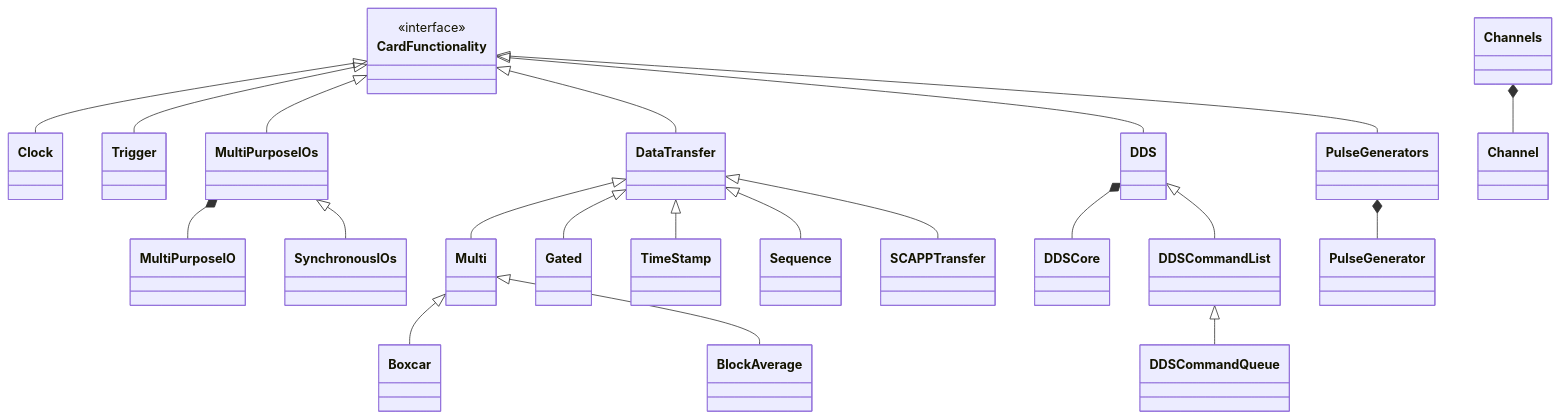
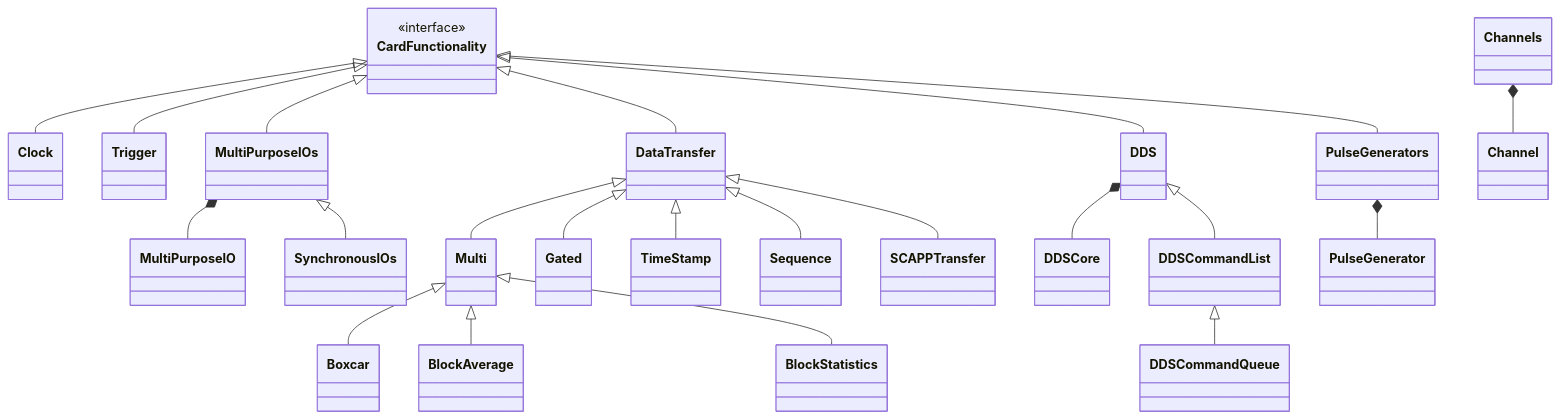
The second of 4 diagrams in src/spcm/README.md (SpectrumInstrumentation/spcm), drawn with Mermaid before and after one commit. The commit also changed other lines of this file and 3 other files, not shown here.

Commit message:
Added support for Block Statistics as well as an example

````diff
--- a/src/spcm/README.md
+++ b/src/spcm/README.md
@@ -69,44 +70,46 @@
 ```mermaid
 
 classDiagram
   class CardFunctionality
   <<interface>> CardFunctionality
   class Channels
   class Clock
   class Trigger
   class MultiPurposeIOs
   class SynchronousIOs
   class DataTransfer
   class DDS
   class DDSCore
   class DDSCommandList
   class DDSCommandQueue
   class PulseGenerators
   class Multi
   class Gated
   class TimeStamp
   class Sequence
   class SCAPPTransfer
   class Boxcar
   class BlockAverage
+  class BlockStatistics
   CardFunctionality <|-- Clock
   CardFunctionality <|-- Trigger
   CardFunctionality <|-- MultiPurposeIOs
   CardFunctionality <|-- DataTransfer
   CardFunctionality <|-- DDS
   CardFunctionality <|-- PulseGenerators
   DataTransfer <|-- Multi
   DataTransfer <|-- Gated
   DataTransfer <|-- TimeStamp
   DataTransfer <|-- Sequence
   DataTransfer <|-- SCAPPTransfer
   Multi <|-- Boxcar
   Multi <|-- BlockAverage
+  Multi <|-- BlockStatistics
   Channels *-- Channel
   MultiPurposeIOs *-- MultiPurposeIO
   MultiPurposeIOs <|-- SynchronousIOs
   PulseGenerators *-- PulseGenerator
   DDS *-- DDSCore
   DDS <|-- DDSCommandList
   DDSCommandList <|-- DDSCommandQueue
 ```
````
